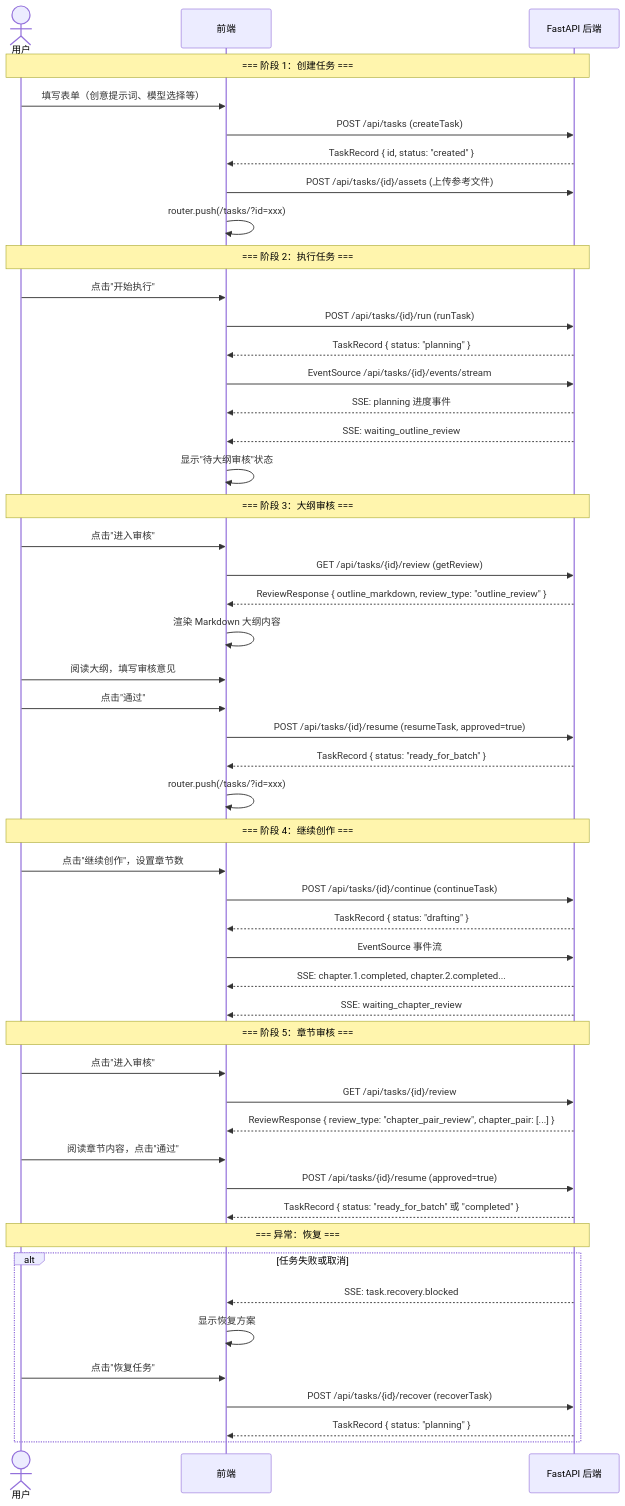
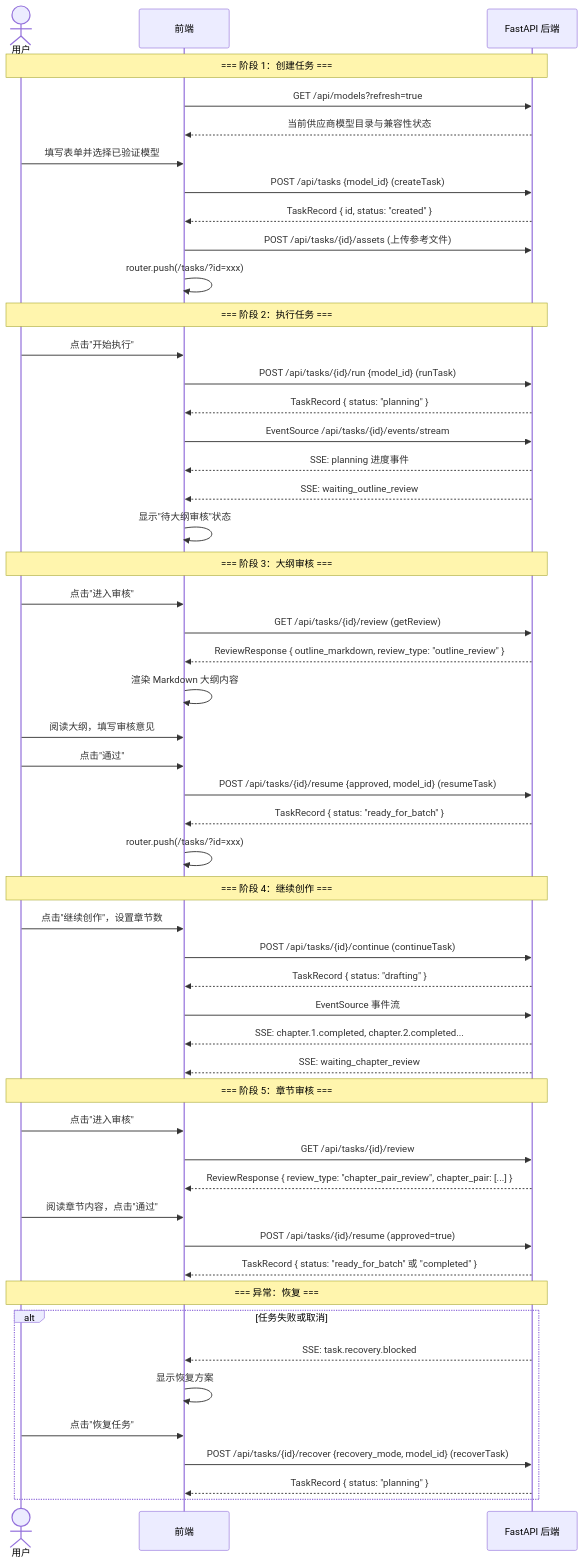
The ninth of 10 diagrams in docs/technical/08-前端架构与数据流.md (userzeng111/agentProject), drawn with Mermaid before and after one commit. The commit also changed other lines of this file and 72 other files, not shown here.

````diff
--- a/docs/technical/08-前端架构与数据流.md
+++ b/docs/technical/08-前端架构与数据流.md
@@ -745,58 +753,60 @@
 ```mermaid
 sequenceDiagram
     actor User as 用户
     participant FE as 前端
     participant API as FastAPI 后端
 
     Note over User,API: === 阶段 1：创建任务 ===
-    User->>FE: 填写表单（创意提示词、模型选择等）
-    FE->>API: POST /api/tasks (createTask)
+    FE->>API: GET /api/models?refresh=true
+    API-->>FE: 当前供应商模型目录与兼容性状态
+    User->>FE: 填写表单并选择已验证模型
+    FE->>API: POST /api/tasks {model_id} (createTask)
     API-->>FE: TaskRecord { id, status: "created" }
     FE->>API: POST /api/tasks/{id}/assets (上传参考文件)
     FE->>FE: router.push(/tasks/?id=xxx)
 
     Note over User,API: === 阶段 2：执行任务 ===
     User->>FE: 点击"开始执行"
-    FE->>API: POST /api/tasks/{id}/run (runTask)
+    FE->>API: POST /api/tasks/{id}/run {model_id} (runTask)
     API-->>FE: TaskRecord { status: "planning" }
     FE->>API: EventSource /api/tasks/{id}/events/stream
     API-->>FE: SSE: planning 进度事件
     API-->>FE: SSE: waiting_outline_review
     FE->>FE: 显示"待大纲审核"状态
 
     Note over User,API: === 阶段 3：大纲审核 ===
     User->>FE: 点击"进入审核"
     FE->>API: GET /api/tasks/{id}/review (getReview)
     API-->>FE: ReviewResponse { outline_markdown, review_type: "outline_review" }
     FE->>FE: 渲染 Markdown 大纲内容
     User->>FE: 阅读大纲，填写审核意见
     User->>FE: 点击"通过"
-    FE->>API: POST /api/tasks/{id}/resume (resumeTask, approved=true)
+    FE->>API: POST /api/tasks/{id}/resume {approved, model_id} (resumeTask)
     API-->>FE: TaskRecord { status: "ready_for_batch" }
     FE->>FE: router.push(/tasks/?id=xxx)
 
     Note over User,API: === 阶段 4：继续创作 ===
     User->>FE: 点击"继续创作"，设置章节数
     FE->>API: POST /api/tasks/{id}/continue (continueTask)
     API-->>FE: TaskRecord { status: "drafting" }
     FE->>API: EventSource 事件流
     API-->>FE: SSE: chapter.1.completed, chapter.2.completed...
     API-->>FE: SSE: waiting_chapter_review
 
     Note over User,API: === 阶段 5：章节审核 ===
     User->>FE: 点击"进入审核"
     FE->>API: GET /api/tasks/{id}/review
     API-->>FE: ReviewResponse { review_type: "chapter_pair_review", chapter_pair: [...] }
     User->>FE: 阅读章节内容，点击"通过"
     FE->>API: POST /api/tasks/{id}/resume (approved=true)
     API-->>FE: TaskRecord { status: "ready_for_batch" 或 "completed" }
 
     Note over User,API: === 异常：恢复 ===
     alt 任务失败或取消
         API-->>FE: SSE: task.recovery.blocked
         FE->>FE: 显示恢复方案
         User->>FE: 点击"恢复任务"
-        FE->>API: POST /api/tasks/{id}/recover (recoverTask)
+        FE->>API: POST /api/tasks/{id}/recover {recovery_mode, model_id} (recoverTask)
         API-->>FE: TaskRecord { status: "planning" }
     end
 ```
````
